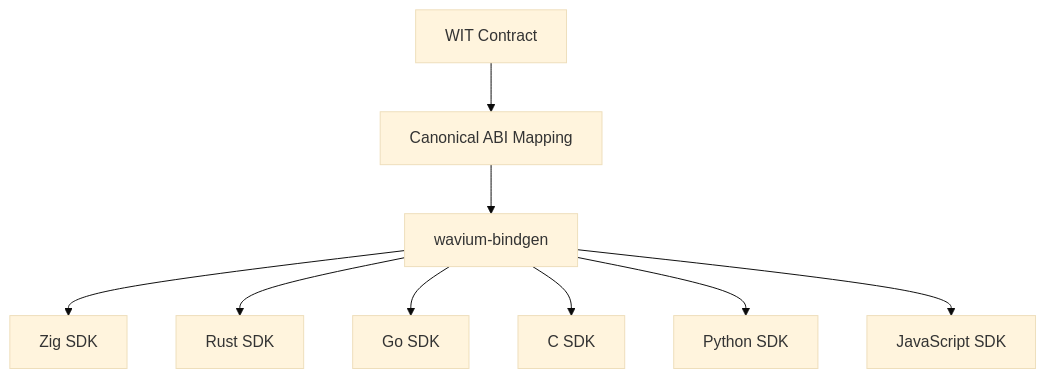
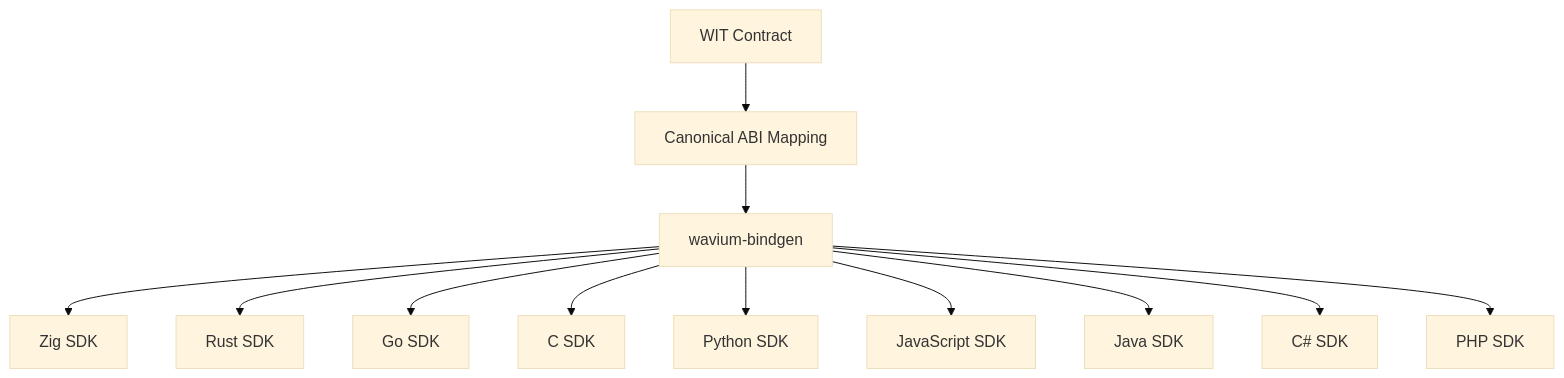
One commit to yasir2000/Wavium changed the third of 3 diagrams in README.md. Above: the diagram before and after it, drawn with Mermaid (base theme). The commit also changed other lines of this file and 234 other files, not shown here.

````diff
--- a/README.md
+++ b/README.md
@@ -181,11 +186,14 @@
 ```mermaid
 flowchart TD
     Wit[WIT Contract] --> Abi[Canonical ABI Mapping]
     Abi --> Bindgen[wavium-bindgen]
     Bindgen --> Zig[Zig SDK]
     Bindgen --> Rust[Rust SDK]
     Bindgen --> Go[Go SDK]
     Bindgen --> C[C SDK]
     Bindgen --> Python[Python SDK]
     Bindgen --> Js[JavaScript SDK]
+    Bindgen --> Java[Java SDK]
+    Bindgen --> CSharp[C# SDK]
+    Bindgen --> Php[PHP SDK]
 ```
````
